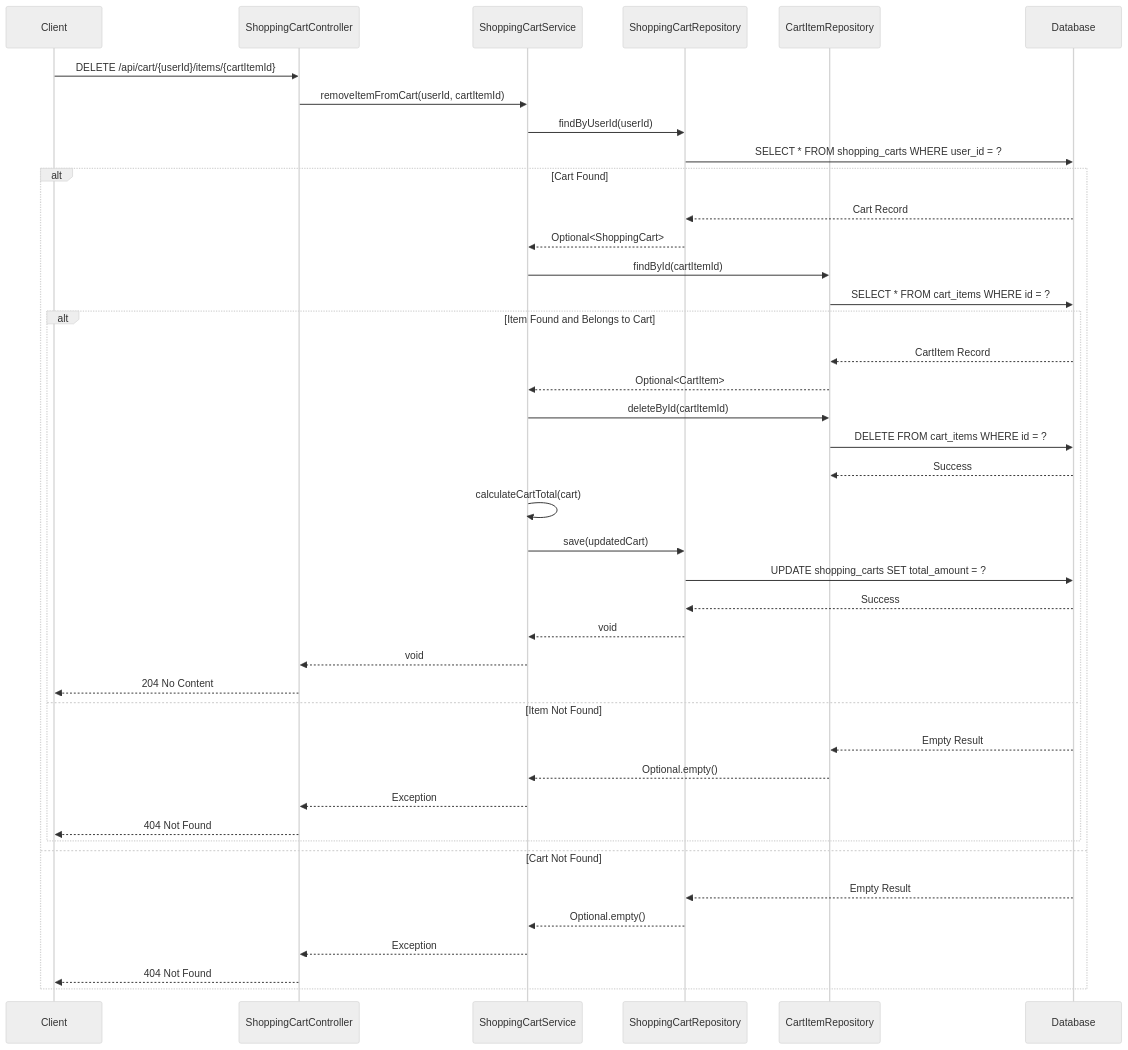
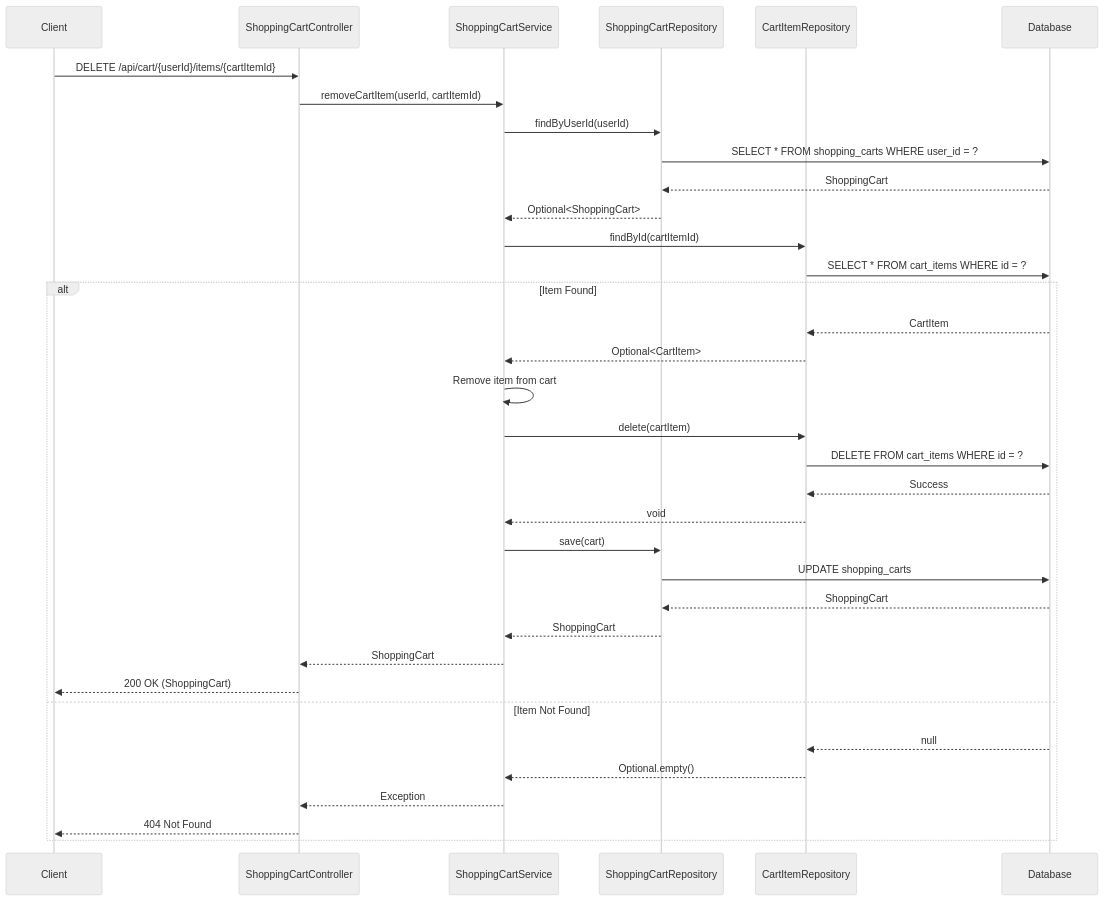
One commit to NavneetBN47/aava-ecom-demo changed diagram 13 of 13 in docs/LLD/modified_lld.md. Above: the diagram before and after it, drawn with Mermaid (neutral theme). The commit also changed other lines of this file, not shown here.

````diff
--- a/docs/LLD/modified_lld.md
+++ b/docs/LLD/modified_lld.md
@@ -483,46 +481,40 @@
 ```mermaid
 sequenceDiagram
     participant Client
     participant ShoppingCartController
     participant ShoppingCartService
     participant ShoppingCartRepository
     participant CartItemRepository
     participant Database
 
     Client->>ShoppingCartController: DELETE /api/cart/{userId}/items/{cartItemId}
-    ShoppingCartController->>ShoppingCartService: removeItemFromCart(userId, cartItemId)
+    ShoppingCartController->>ShoppingCartService: removeCartItem(userId, cartItemId)
     ShoppingCartService->>ShoppingCartRepository: findByUserId(userId)
     ShoppingCartRepository->>Database: SELECT * FROM shopping_carts WHERE user_id = ?
+    Database-->>ShoppingCartRepository: ShoppingCart
+    ShoppingCartRepository-->>ShoppingCartService: Optional<ShoppingCart>
     
-    alt Cart Found
-        Database-->>ShoppingCartRepository: Cart Record
-        ShoppingCartRepository-->>ShoppingCartService: Optional<ShoppingCart>
-        ShoppingCartService->>CartItemRepository: findById(cartItemId)
-        CartItemRepository->>Database: SELECT * FROM cart_items WHERE id = ?
-        
-        alt Item Found and Belongs to Cart
-            Database-->>CartItemRepository: CartItem Record
-            CartItemRepository-->>ShoppingCartService: Optional<CartItem>
-            ShoppingCartService->>CartItemRepository: deleteById(cartItemId)
-            CartItemRepository->>Database: DELETE FROM cart_items WHERE id = ?
-            Database-->>CartItemRepository: Success
-            ShoppingCartService->>ShoppingCartService: calculateCartTotal(cart)
-            ShoppingCartService->>ShoppingCartRepository: save(updatedCart)
-            ShoppingCartRepository->>Database: UPDATE shopping_carts SET total_amount = ?
-            Database-->>ShoppingCartRepository: Success
-            ShoppingCartRepository-->>ShoppingCartService: void
-            ShoppingCartService-->>ShoppingCartController: void
-            ShoppingCartController-->>Client: 204 No Content
-        else Item Not Found
-            Database-->>CartItemRepository: Empty Result
-            CartItemRepository-->>ShoppingCartService: Optional.empty()
-            ShoppingCartService-->>ShoppingCartController: Exception
-            ShoppingCartController-->>Client: 404 Not Found
-        end
-    else Cart Not Found
-        Database-->>ShoppingCartRepository: Empty Result
-        ShoppingCartRepository-->>ShoppingCartService: Optional.empty()
+    ShoppingCartService->>CartItemRepository: findById(cartItemId)
+    CartItemRepository->>Database: SELECT * FROM cart_items WHERE id = ?
+    
+    alt Item Found
+        Database-->>CartItemRepository: CartItem
+        CartItemRepository-->>ShoppingCartService: Optional<CartItem>
+        ShoppingCartService->>ShoppingCartService: Remove item from cart
+        ShoppingCartService->>CartItemRepository: delete(cartItem)
+        CartItemRepository->>Database: DELETE FROM cart_items WHERE id = ?
+        Database-->>CartItemRepository: Success
+        CartItemRepository-->>ShoppingCartService: void
+        ShoppingCartService->>ShoppingCartRepository: save(cart)
+        ShoppingCartRepository->>Database: UPDATE shopping_carts
+        Database-->>ShoppingCartRepository: ShoppingCart
+        ShoppingCartRepository-->>ShoppingCartService: ShoppingCart
+        ShoppingCartService-->>ShoppingCartController: ShoppingCart
+        ShoppingCartController-->>Client: 200 OK (ShoppingCart)
+    else Item Not Found
+        Database-->>CartItemRepository: null
+        CartItemRepository-->>ShoppingCartService: Optional.empty()
         ShoppingCartService-->>ShoppingCartController: Exception
         ShoppingCartController-->>Client: 404 Not Found
     end
 ```
````
